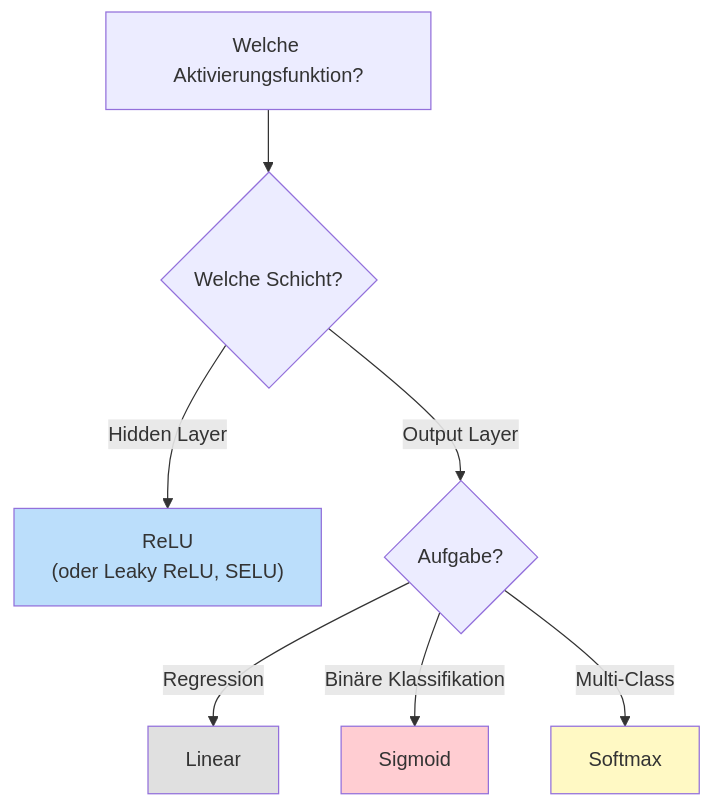
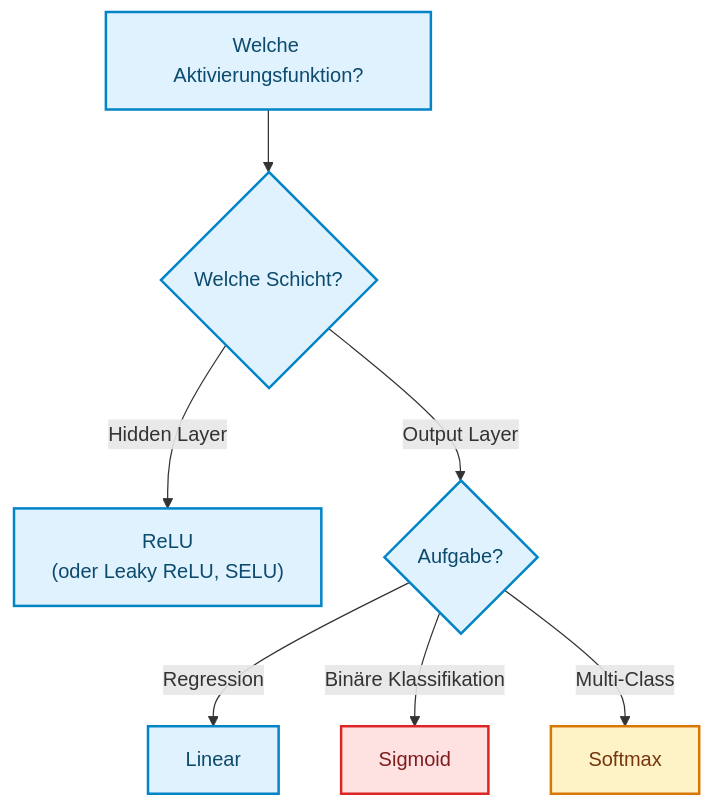
Before and after one commit to ralf-42/ML_Intro: the fourth of 6 diagrams in docs/concepts/modeling/neuronale-netze.md, drawn with Mermaid. The commit also changed other lines of this file and 67 other files, not shown here.

````diff
--- a/docs/concepts/modeling/neuronale-netze.md
+++ b/docs/concepts/modeling/neuronale-netze.md
@@ -172,20 +172,21 @@
 ```mermaid
 flowchart TD
     START["Welche Aktivierungsfunktion?"]
     
     LAYER{"Welche Schicht?"}
     
     START --> LAYER
     
     LAYER -->|Hidden Layer| HIDDEN["ReLU<br/>(oder Leaky ReLU, SELU)"]
     LAYER -->|Output Layer| OUTPUT{"Aufgabe?"}
     
     OUTPUT -->|Regression| REG["Linear"]
     OUTPUT -->|Binäre Klassifikation| BIN["Sigmoid"]
     OUTPUT -->|Multi-Class| MULTI["Softmax"]
-    
-    style HIDDEN fill:#bbdefb
-    style REG fill:#e0e0e0
-    style BIN fill:#ffcdd2
-    style MULTI fill:#fff9c4
+
+    classDef default fill:#e0f2fe,stroke:#0284c7,stroke-width:2px,color:#0c4a6e;
+    classDef metric fill:#fef3c7,stroke:#d97706,stroke-width:2px,color:#78350f;
+    classDef stop fill:#fee2e2,stroke:#dc2626,stroke-width:2px,color:#7f1d1d;
+    class MULTI metric;
+    class BIN stop;
 ```
````
